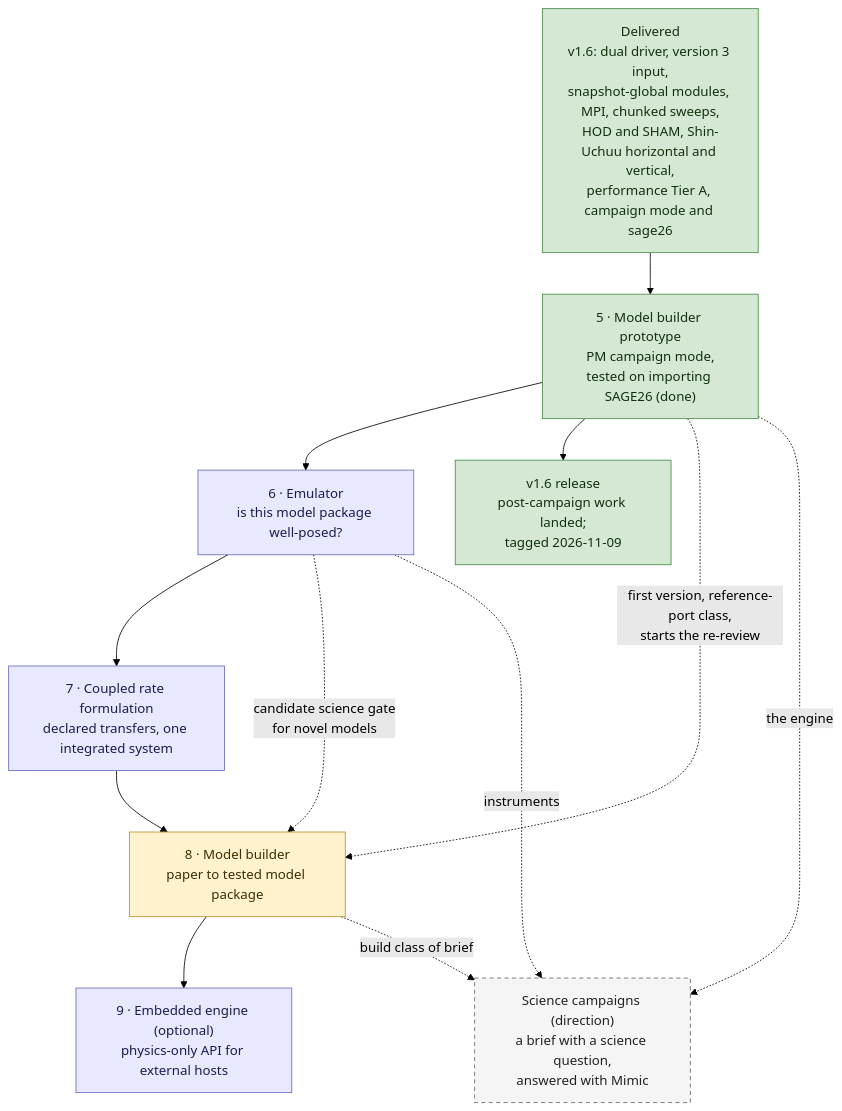
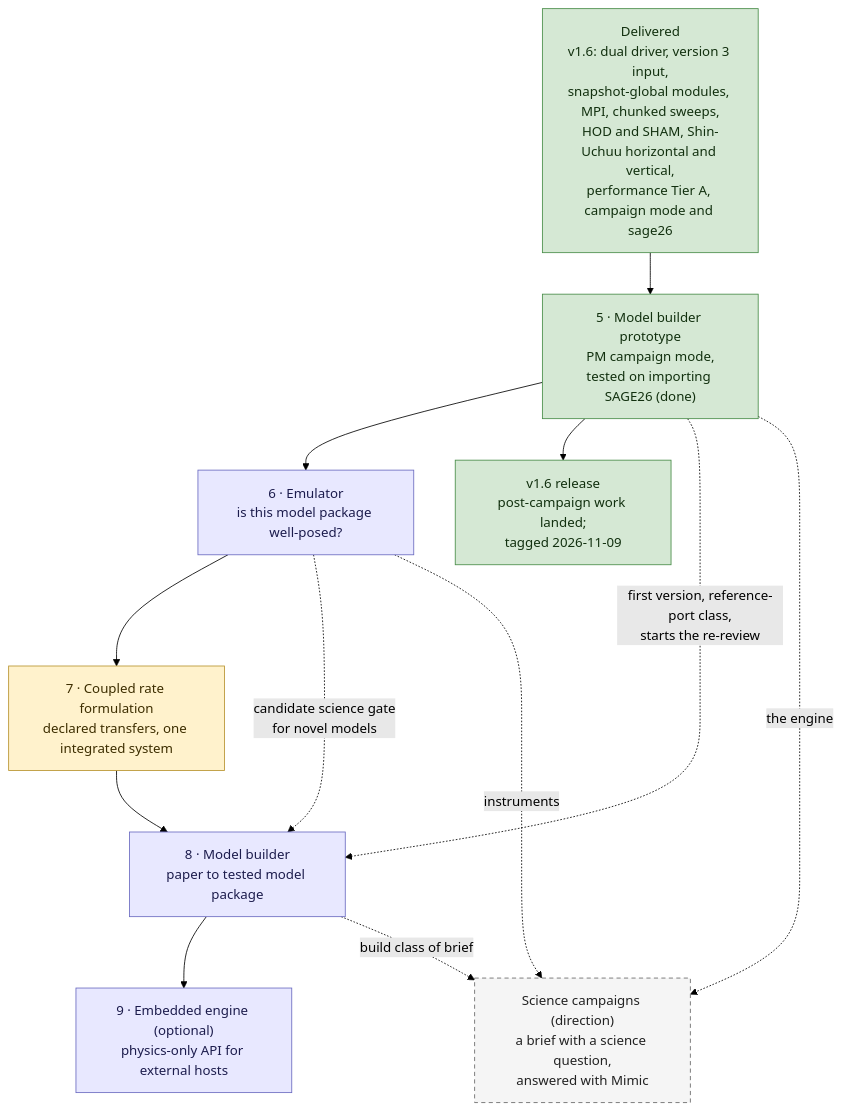
The diagram in docs/dev/MIMIC-DEVELOPMENT-PATHWAY.md (darrencroton/mimic), drawn with Mermaid (forest theme) before and after one commit. The commit also changed other lines of this file and 3 other files, not shown here.

````diff
--- a/docs/dev/MIMIC-DEVELOPMENT-PATHWAY.md
+++ b/docs/dev/MIMIC-DEVELOPMENT-PATHWAY.md
@@ -48,28 +50,28 @@
 ```mermaid
 flowchart TD
     DONE["Delivered<br/>v1.6: dual driver, version 3 input,<br/>snapshot-global modules, MPI, chunked sweeps,<br/>HOD and SHAM, Shin-Uchuu horizontal and vertical,<br/>performance Tier A, campaign mode and sage26"]
     PCW["v1.6 release<br/>post-campaign work landed;<br/>tagged 2026-11-09"]
     S5["5 · Model builder prototype<br/>PM campaign mode,<br/>tested on importing SAGE26 (done)"]
     S6["6 · Emulator<br/>is this model package well-posed?"]
     S7["7 · Coupled rate formulation<br/>declared transfers, one integrated system"]
     S8["8 · Model builder<br/>paper to tested model package"]
     S9["9 · Embedded engine (optional)<br/>physics-only API for external hosts"]
     GOAL["Science campaigns (direction)<br/>a brief with a science question,<br/>answered with Mimic"]
 
     DONE --> S5 --> S6 --> S7 --> S8 --> S9
     S5 --> PCW
     S5 -.->|first version, reference-port class,<br/>starts the re-review| S8
     S6 -.->|candidate science gate<br/>for novel models| S8
     S5 -.->|the engine| GOAL
     S6 -.->|instruments| GOAL
     S8 -.->|build class of brief| GOAL
 
     classDef done fill:#d5e8d4,stroke:#478c47,color:#12300f
     classDef next fill:#fff2cc,stroke:#b8932e,color:#3d2e00
     classDef step fill:#e8e8ff,stroke:#6a6ac0,color:#1c1c4d
     classDef goal fill:#f5f5f5,stroke:#666666,stroke-dasharray:5 4,color:#222222
     class DONE,S5,PCW done
-    class S8 next
-    class S6,S7,S9 step
+    class S7 next
+    class S6,S8,S9 step
     class GOAL goal
 ```
````
